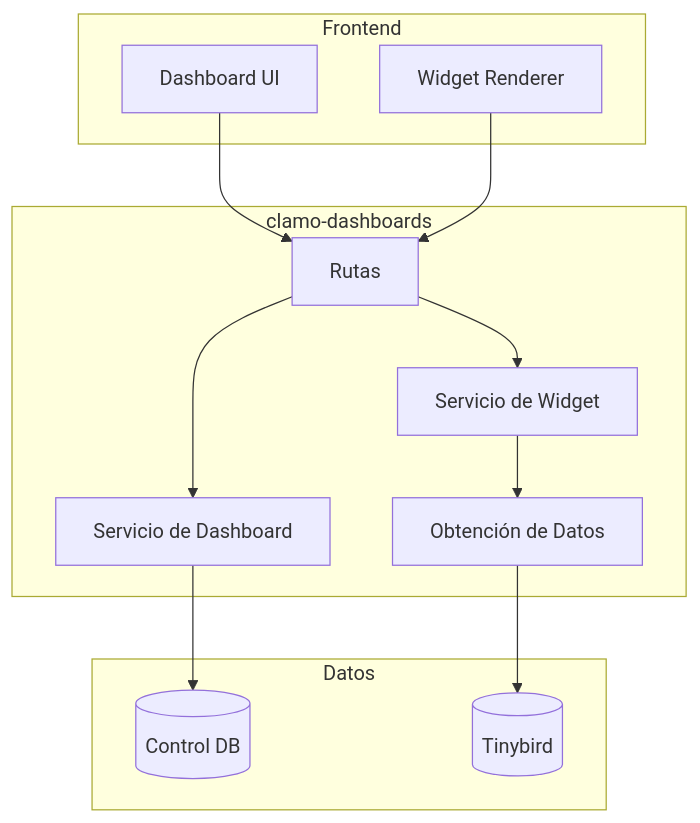
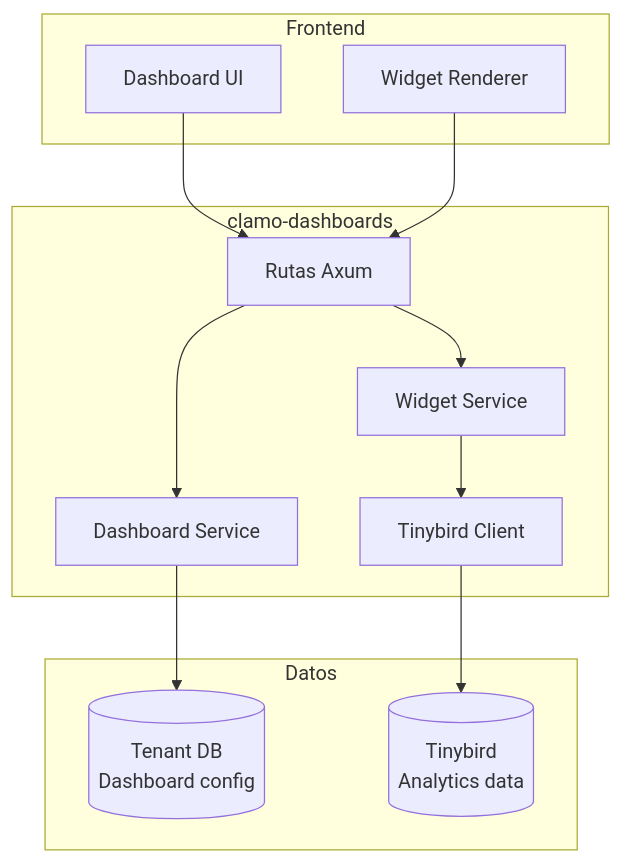
Before and after one commit to GetClamo/docs: the diagram in es/servicios/clamo-dashboards.mdx, drawn with Mermaid. The commit also changed other lines of this file and 10 other files, not shown here.

````diff
--- a/es/servicios/clamo-dashboards.mdx
+++ b/es/servicios/clamo-dashboards.mdx
@@ -21,27 +22,27 @@
 ```mermaid
 flowchart TB
     subgraph Frontend [Frontend]
         DashboardUI[Dashboard UI]
         WidgetRenderer[Widget Renderer]
     end
     
     subgraph API [clamo-dashboards]
-        Routes[Rutas]
-        DashboardService[Servicio de Dashboard]
-        WidgetService[Servicio de Widget]
-        DataFetcher[Obtención de Datos]
+        Routes[Rutas Axum]
+        DashboardService[Dashboard Service]
+        WidgetService[Widget Service]
+        TinybirdClient[Tinybird Client]
     end
     
     subgraph Data [Datos]
-        ControlDB[(Control DB)]
-        Tinybird[(Tinybird)]
+        TenantDB[(Tenant DB<br/>Dashboard config)]
+        Tinybird[(Tinybird<br/>Analytics data)]
     end
     
     DashboardUI --> Routes
     WidgetRenderer --> Routes
     Routes --> DashboardService
     Routes --> WidgetService
-    DashboardService --> ControlDB
-    WidgetService --> DataFetcher
-    DataFetcher --> Tinybird
+    DashboardService --> TenantDB
+    WidgetService --> TinybirdClient
+    TinybirdClient --> Tinybird
 ```
````
